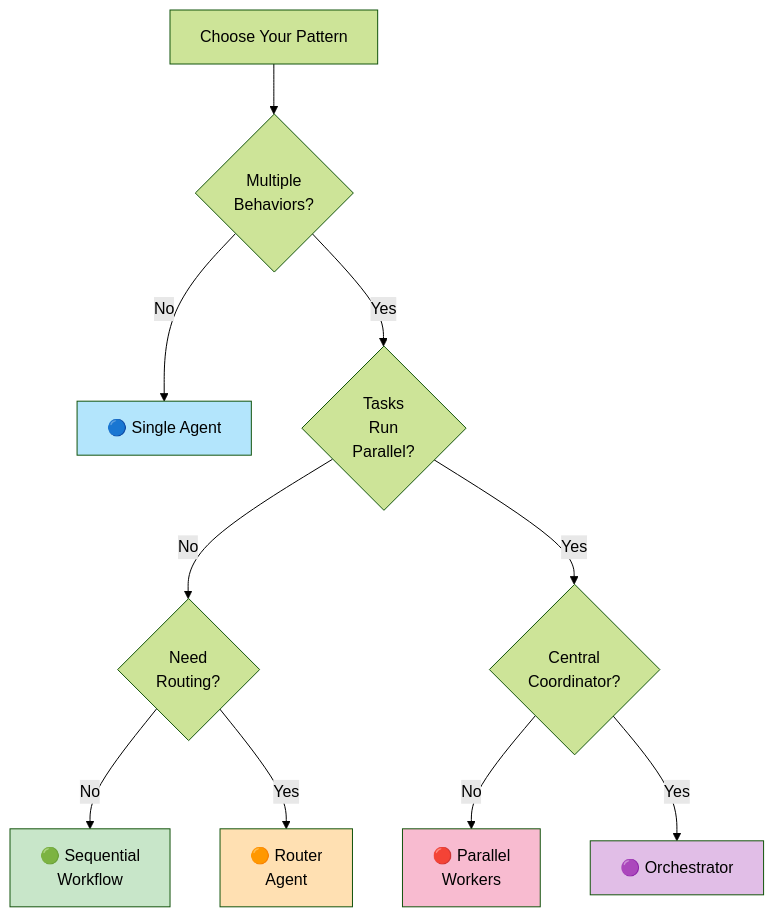
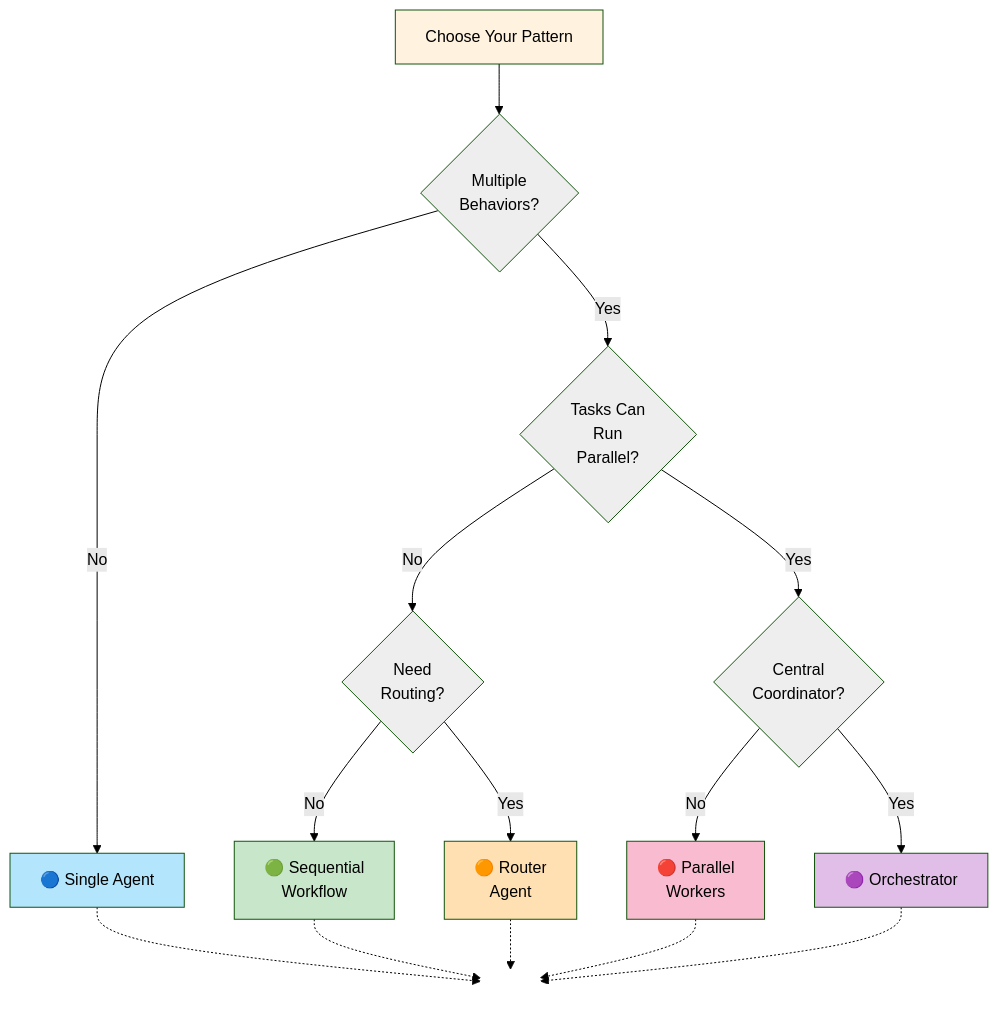
Before and after one commit to falila/ai-agent-engineering-playbook: the first of 3 diagrams in docs/02-how-to-choose.md, drawn with Mermaid (forest theme). The commit also changed 6 other files, not shown here.

Commit message:
fix: improve all diagram connectors to eliminate overlaps

````diff
--- a/docs/02-how-to-choose.md
+++ b/docs/02-how-to-choose.md
@@ -13,18 +13,30 @@
 ```mermaid
 graph TD
     A["Choose Your Pattern"] --> B{"Multiple<br/>Behaviors?"}
     B -->|No| C["🔵 Single Agent"]
-    B -->|Yes| D{"Tasks<br/>Run<br/>Parallel?"}
+    B -->|Yes| D{"Tasks Can<br/>Run<br/>Parallel?"}
     D -->|No| E{"Need<br/>Routing?"}
+    D -->|Yes| H{"Central<br/>Coordinator?"}
     E -->|No| F["🟢 Sequential<br/>Workflow"]
     E -->|Yes| G["🟠 Router<br/>Agent"]
-    D -->|Yes| H{"Central<br/>Coordinator?"}
     H -->|No| I["🔴 Parallel<br/>Workers"]
     H -->|Yes| J["🟣 Orchestrator"]
     
+    C -.-> K[" "]
+    F -.-> K
+    G -.-> K
+    I -.-> K
+    J -.-> K
+    
+    style A fill:#fff3e0,color:#000000
+    style B fill:#eeeeee,color:#000000
     style C fill:#b3e5fc,color:#000000
+    style D fill:#eeeeee,color:#000000
+    style E fill:#eeeeee,color:#000000
     style F fill:#c8e6c9,color:#000000
     style G fill:#ffe0b2,color:#000000
+    style H fill:#eeeeee,color:#000000
     style I fill:#f8bbd0,color:#000000
     style J fill:#e1bee7,color:#000000
+    style K fill:none,stroke:none
 ```
````
